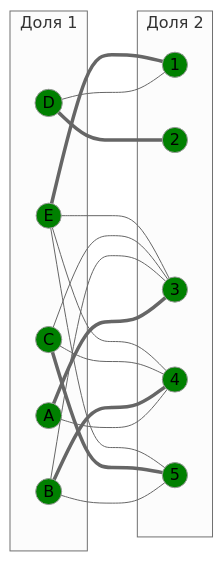
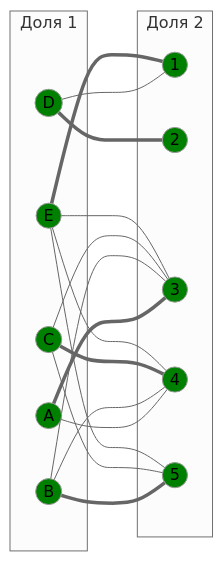
Before and after one commit to hse-algo-psapr-25/manual-tasks: the tenth of 10 diagrams in Задание 14/qwerty.md, drawn with Mermaid (neutral theme). The commit also changed other lines of this file, not shown here.

````diff
--- a/Задание 14/qwerty.md
+++ b/Задание 14/qwerty.md
@@ -410,42 +409,42 @@
 ```mermaid
 graph LR
     subgraph "Доля 1"
         A((A))
         B((B))
         C((C))
         D((D))
         E((E))
     end
     subgraph "Доля 2"
         1((1))
         2((2))
         3((3))
         4((4))
         5((5))
     end
     A === 3
     A --- 4
     B --- 3
-    B === 4
-    B --- 5
+    B --- 4
+    B === 5
     C --- 3
-    C --- 4
-    C === 5
+    C === 4
+    C --- 5
     D --- 1
     D === 2
     E === 1
     E --- 3
     E --- 4
     E --- 5
 
     style A fill:#008000
     style B fill:#008000
     style C fill:#008000
     style D fill:#008000
     style E fill:#008000
     style 1 fill:#008000
     style 2 fill:#008000
     style 3 fill:#008000
     style 4 fill:#008000
     style 5 fill:#008000
 ```
````
